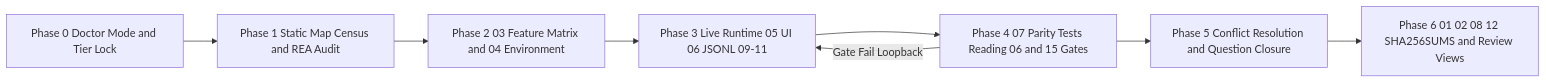
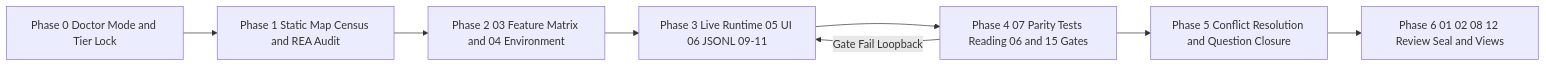
One commit to awesomejun/spec-anything changed the second of 2 diagrams in README.md. Above: the diagram before and after it, drawn with Mermaid. The commit also changed other lines of this file and 8 other files, not shown here.

````diff
--- a/README.md
+++ b/README.md
@@ -155,10 +153,10 @@
 ```mermaid
 flowchart LR
     P0[Phase 0 Doctor Mode and Tier Lock] --> P1[Phase 1 Static Map Census and REA Audit]
     P1 --> P2[Phase 2 03 Feature Matrix and 04 Environment]
     P2 --> P3[Phase 3 Live Runtime 05 UI 06 JSONL 09-11]
     P3 --> P4[Phase 4 07 Parity Tests Reading 06 and 15 Gates]
     P4 -->|Gate Fail Loopback| P3
     P4 --> P5[Phase 5 Conflict Resolution and Question Closure]
-    P5 --> P6[Phase 6 01 02 08 12 SHA256SUMS and Review Views]
+    P5 --> P6[Phase 6 01 02 08 12 Review Seal and Views]
 ```
````
